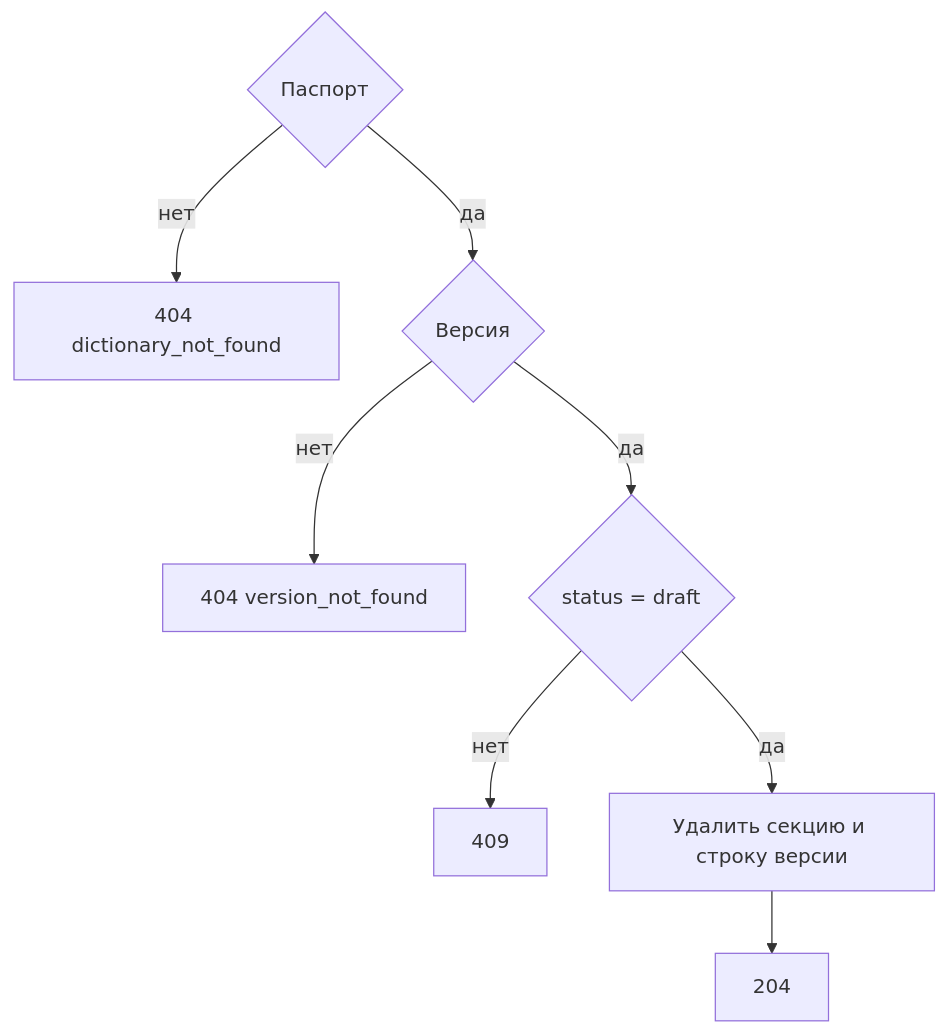
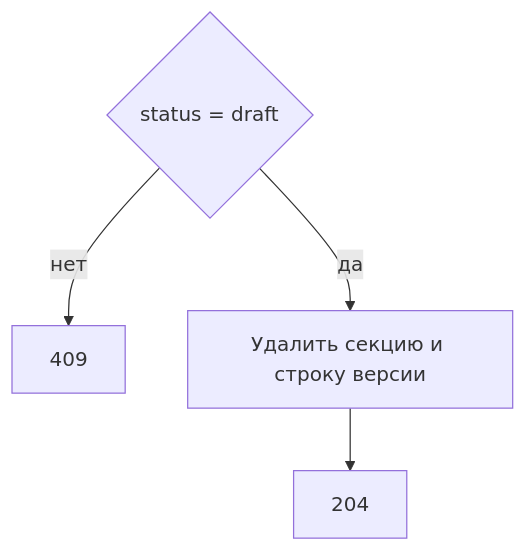
One commit to StrannikE95/reference_data changed the diagram in docs/1. functional/v3/management.api/DataController/delete_version.md. Above: the diagram before and after it, drawn with Mermaid. The commit also changed other lines of this file and 8 other files, not shown here.

````diff
--- a/docs/1. functional/v3/management.api/DataController/delete_version.md
+++ b/docs/1. functional/v3/management.api/DataController/delete_version.md
@@ -38,10 +43,6 @@
 ```mermaid
 flowchart TD
-  pas{"Паспорт"} -->|нет| d404["404 dictionary_not_found"]
-  pas -->|да| ver{"Версия"}
-  ver -->|нет| v404["404 version_not_found"]
-  ver -->|да| st{"status = draft"}
-  st -->|нет| d409["409"]
+  st{"status = draft"} -->|нет| d409["409"]
   st -->|да| drop["Удалить секцию и строку версии"]
   drop --> ok["204"]
 ```
````
